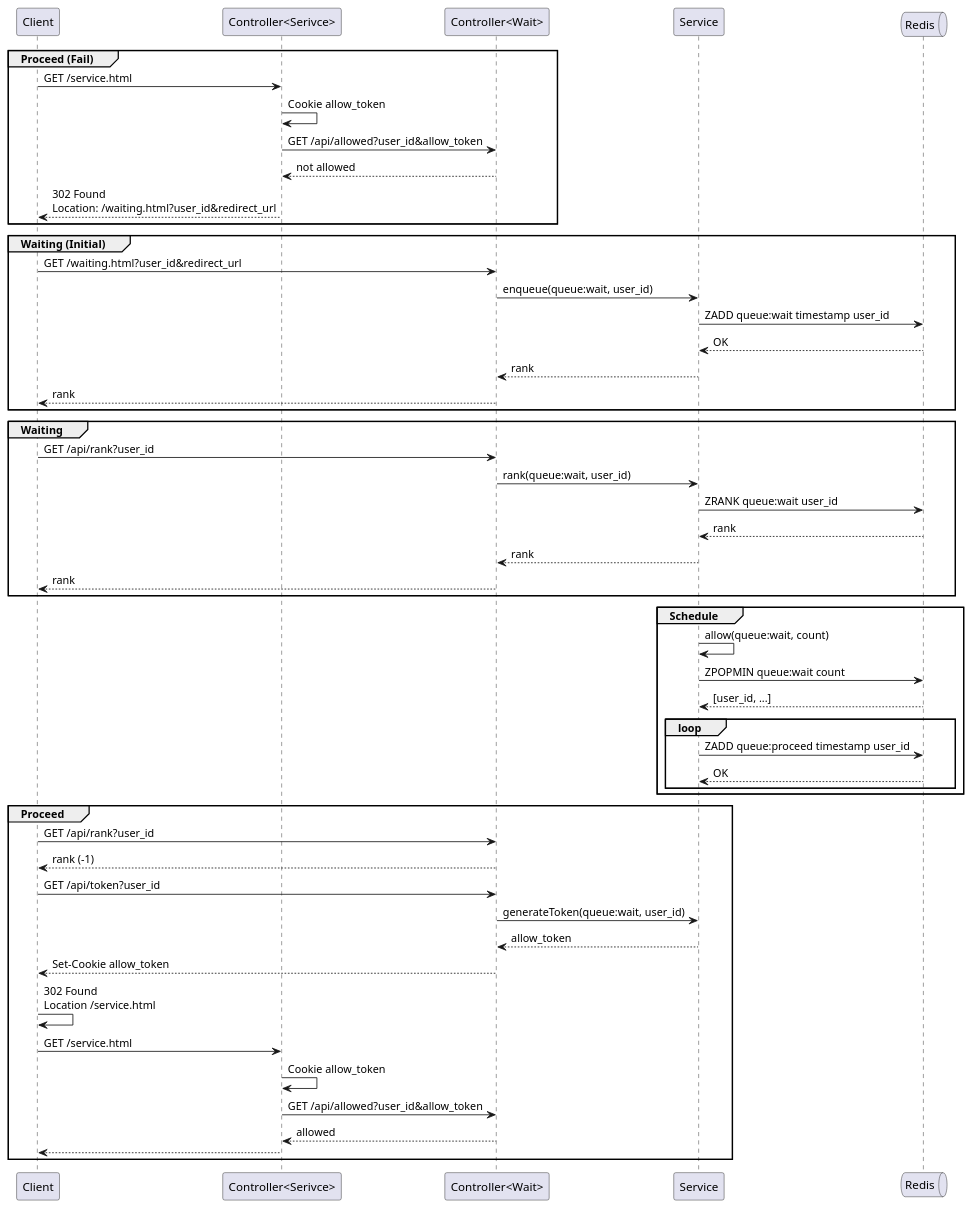
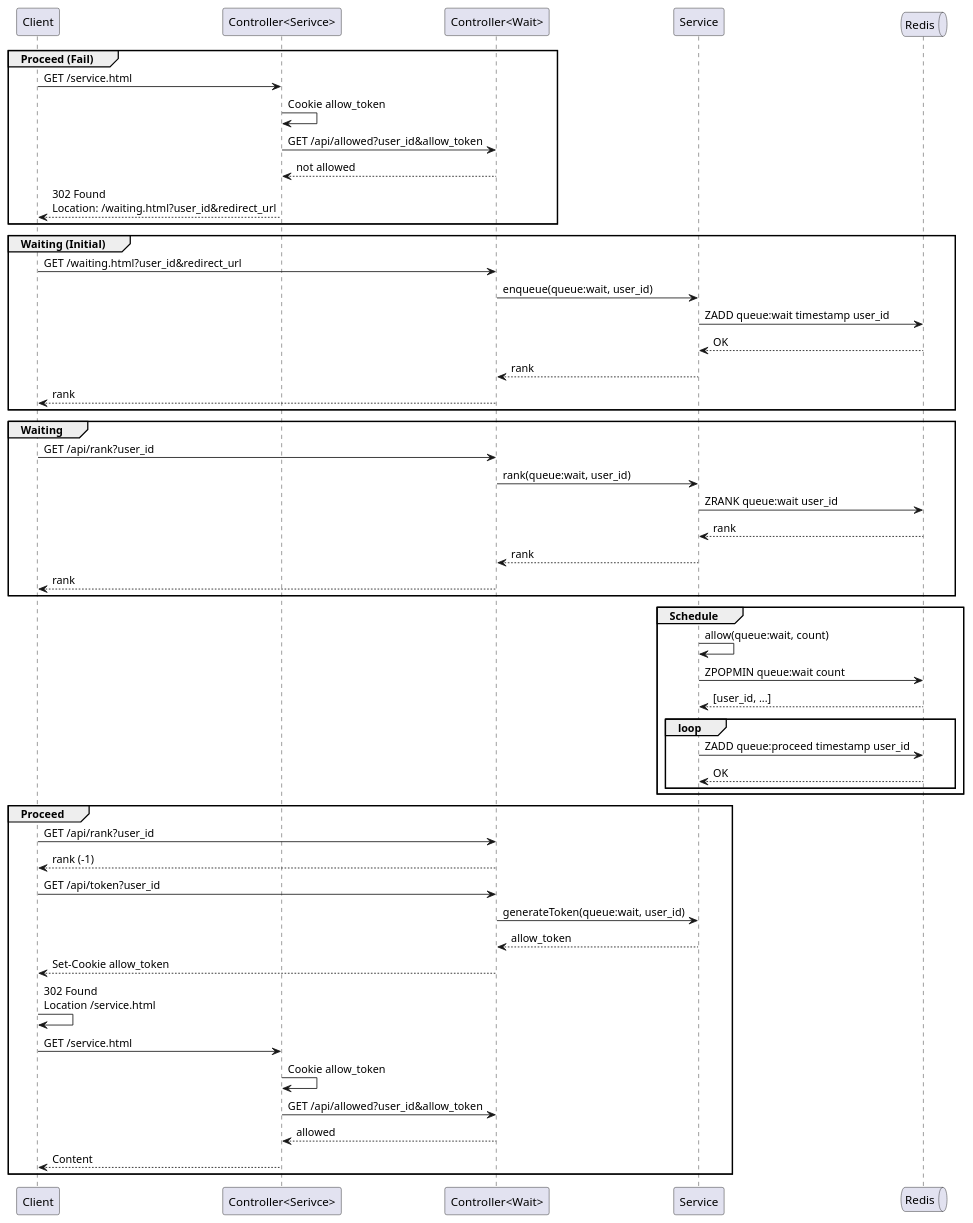
One commit to yanghoon/obsidian-workspace changed the diagram in _diary/2024-06-08.md. Above: the diagram before and after it, drawn with PlantUML.

Commit message:
vault backup: 2024-06-09 20:15:08

````diff
--- a/_diary/2024-06-08.md
+++ b/_diary/2024-06-08.md
@@ -11,64 +11,64 @@
 ```plantuml
 @startuml
 
 participant Client
 participant "Controller<Serivce>" as ServiceController
 participant "Controller<Wait>" as Controller
 participant Service
 queue Redis
 
 group Proceed (Fail)
   Client -> ServiceController: GET /service.html
     ServiceController -> ServiceController: Cookie allow_token
     ServiceController -> Controller: GET /api/allowed?user_id&allow_token
     ServiceController <-- Controller: not allowed
   Client <-- ServiceController: 302 Found\nLocation: /waiting.html?user_id&redirect_url
 end
 
 group Waiting (Initial)
   Client -> Controller: GET /waiting.html?user_id&redirect_url
     Controller -> Service: enqueue(queue:wait, user_id)
       Service -> Redis: ZADD queue:wait timestamp user_id
       Service <-- Redis: OK
     Controller <-- Service: rank
   Client <-- Controller: rank
 end
 
 group Waiting
   Client -> Controller: GET /api/rank?user_id
     Controller -> Service: rank(queue:wait, user_id)
       Service -> Redis: ZRANK queue:wait user_id
       Service <-- Redis: rank
     Controller <-- Service: rank
   Client <-- Controller: rank
 end
 
 group Schedule
   Service -> Service: allow(queue:wait, count)
   Service -> Redis: ZPOPMIN queue:wait count
   Service <-- Redis: [user_id, ...]
   loop
     Service -> Redis: ZADD queue:proceed timestamp user_id
     Service <-- Redis: OK
   end
 end
 
 group Proceed
   Client -> Controller: GET /api/rank?user_id
   Client <-- Controller: rank (-1)
 
   Client -> Controller: GET /api/token?user_id
     Controller -> Service: generateToken(queue:wait, user_id)
     Controller <-- Service: allow_token
   Client <-- Controller: Set-Cookie allow_token
 
   Client -> Client: 302 Found\nLocation /service.html
   Client -> ServiceController: GET /service.html
     ServiceController -> ServiceController: Cookie allow_token
     ServiceController -> Controller: GET /api/allowed?user_id&allow_token
     ServiceController <-- Controller: allowed
-  Client <-- ServiceController
+  Client <-- ServiceController: Content
 end
 
 @enduml
 ```
````
